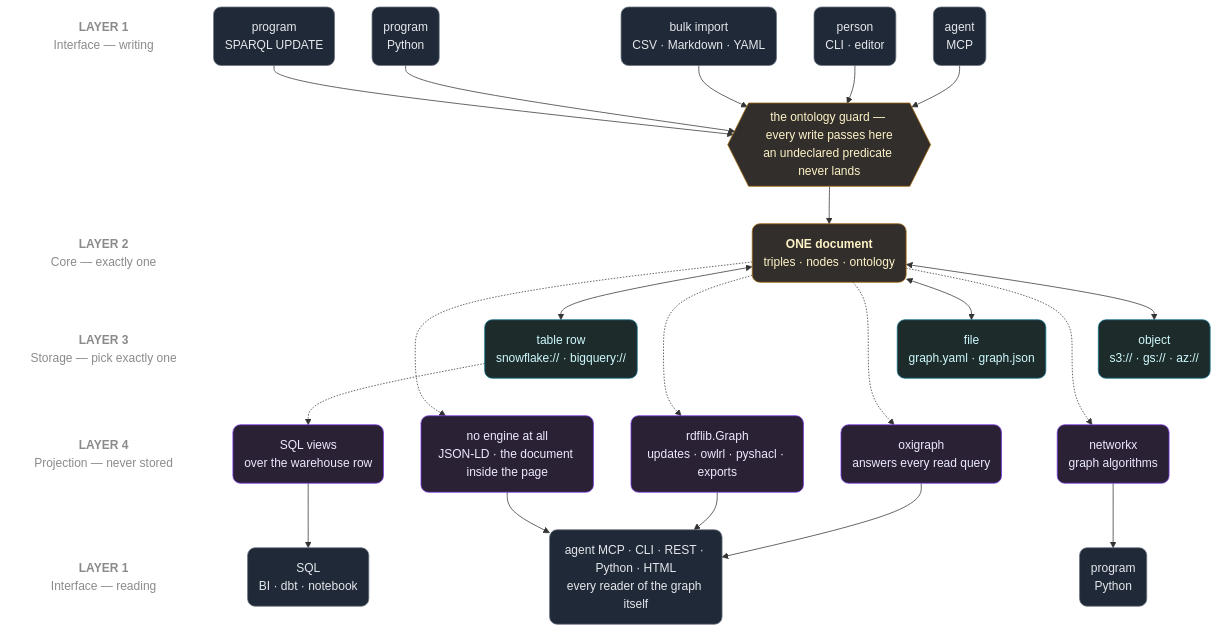
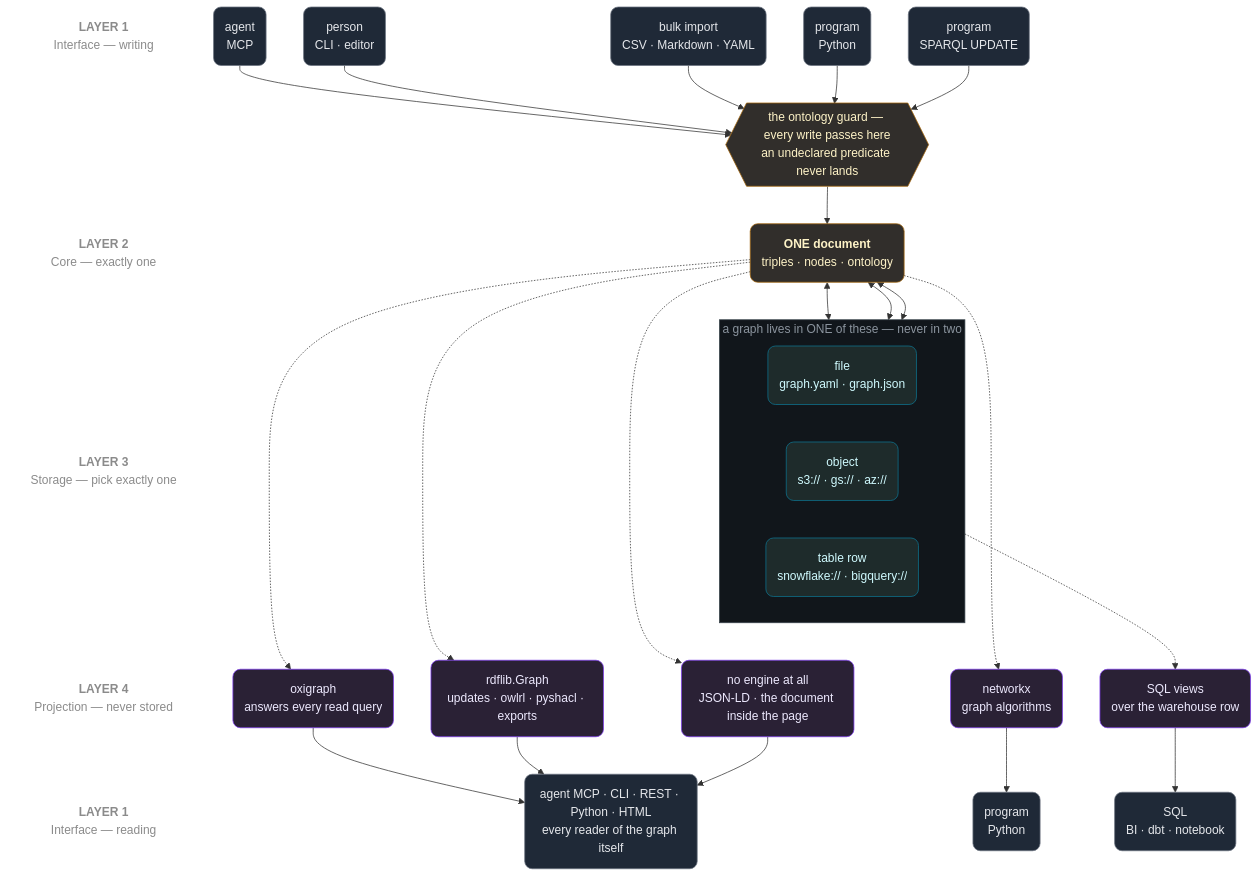
The first of 3 diagrams in docs/ARCHITECTURE.md (RyutoYoda/trikedb), drawn with Mermaid before and after one commit. The commit also changed 2 other files, not shown here.

Commit message:
docs: 保存先が排他であることを図で示した。3つ全部に置くように見えていた
同じ文書から3つの箱に矢印が伸びていて、pick exactly one の
但し書きが小さかった。ymlにもSnowflakeにも置く二重管理だと
読めてしまう。3つを subgraph で囲んで「グラフはこのどれか1つに
住む — 2つに置くことはない」と書いた。英日中の3つとも。

````diff
--- a/docs/ARCHITECTURE.md
+++ b/docs/ARCHITECTURE.md
@@ -9,64 +9,68 @@
 ```mermaid
 flowchart TB
     LA["<b>LAYER 1</b><br/>Interface — writing"]
     LG[" "]
     LB["<b>LAYER 2</b><br/>Core — exactly one"]
     LC["<b>LAYER 3</b><br/>Storage — pick exactly one"]
     LD["<b>LAYER 4</b><br/>Projection — never stored"]
     LE["<b>LAYER 1</b><br/>Interface — reading"]
     LA ~~~ LG ~~~ LB ~~~ LC ~~~ LD ~~~ LE
 
     WA("agent<br/>MCP")
     WC("person<br/>CLI · editor")
     WI("bulk import<br/>CSV · Markdown · YAML")
     WP("program<br/>Python")
     WU("program<br/>SPARQL UPDATE")
     G{{"the ontology guard — every write passes here<br/>an undeclared predicate never lands"}}
     C("<b>ONE document</b><br/>triples · nodes · ontology")
-    SF("file<br/>graph.yaml · graph.json")
-    SO("object<br/>s3:// · gs:// · az://")
-    SW("table row<br/>snowflake:// · bigquery://")
+    subgraph pick["a graph lives in ONE of these — never in two"]
+        direction LR
+        SF("file<br/>graph.yaml · graph.json")
+        SO("object<br/>s3:// · gs:// · az://")
+        SW("table row<br/>snowflake:// · bigquery://")
+    end
     PO("oxigraph<br/>answers every read query")
     PR("rdflib.Graph<br/>updates · owlrl · pyshacl · exports")
     PN("networkx<br/>graph algorithms")
     PV("SQL views<br/>over the warehouse row")
     PD("no engine at all<br/>JSON-LD · the document inside the page")
     RQ("agent MCP · CLI · REST · Python · HTML<br/>every reader of the graph itself")
     RG("program<br/>Python")
     RS("SQL<br/>BI · dbt · notebook")
 
     WA --> G
     WC --> G
     WI --> G
     WP --> G
     WU --> G
     G --> C
     C <--> SF
     C <--> SO
     C <--> SW
     SF ~~~ PO
     SF ~~~ PR
     SO ~~~ PN
     SW -.-> PV
     SW ~~~ PD
     C -.-> PO
     C -.-> PR
     C -.-> PN
     C -.-> PD
     PO --> RQ
     PR --> RQ
     PN --> RG
     PV --> RS
     PD --> RQ
 
+    style pick fill:#11161b,stroke:#39434b,color:#8b949e
     classDef lbl fill:none,stroke:none,color:#8b8b8b
     classDef iface fill:#1f2937,stroke:#6b7280,color:#e5e7eb,rx:10,ry:10
     classDef core fill:#312e2b,stroke:#a16207,color:#fef3c7,rx:10,ry:10
     classDef store fill:#1e2b2b,stroke:#0e7490,color:#cffafe,rx:10,ry:10
     classDef proj fill:#2a2135,stroke:#7c3aed,color:#ede9fe,rx:10,ry:10
     class LA,LG,LB,LC,LD,LE lbl
     class WA,WC,WI,WP,WU,RQ,RG,RS iface
     class C,G core
     class SF,SO,SW store
     class PO,PR,PN,PV,PD proj
 ```
````
